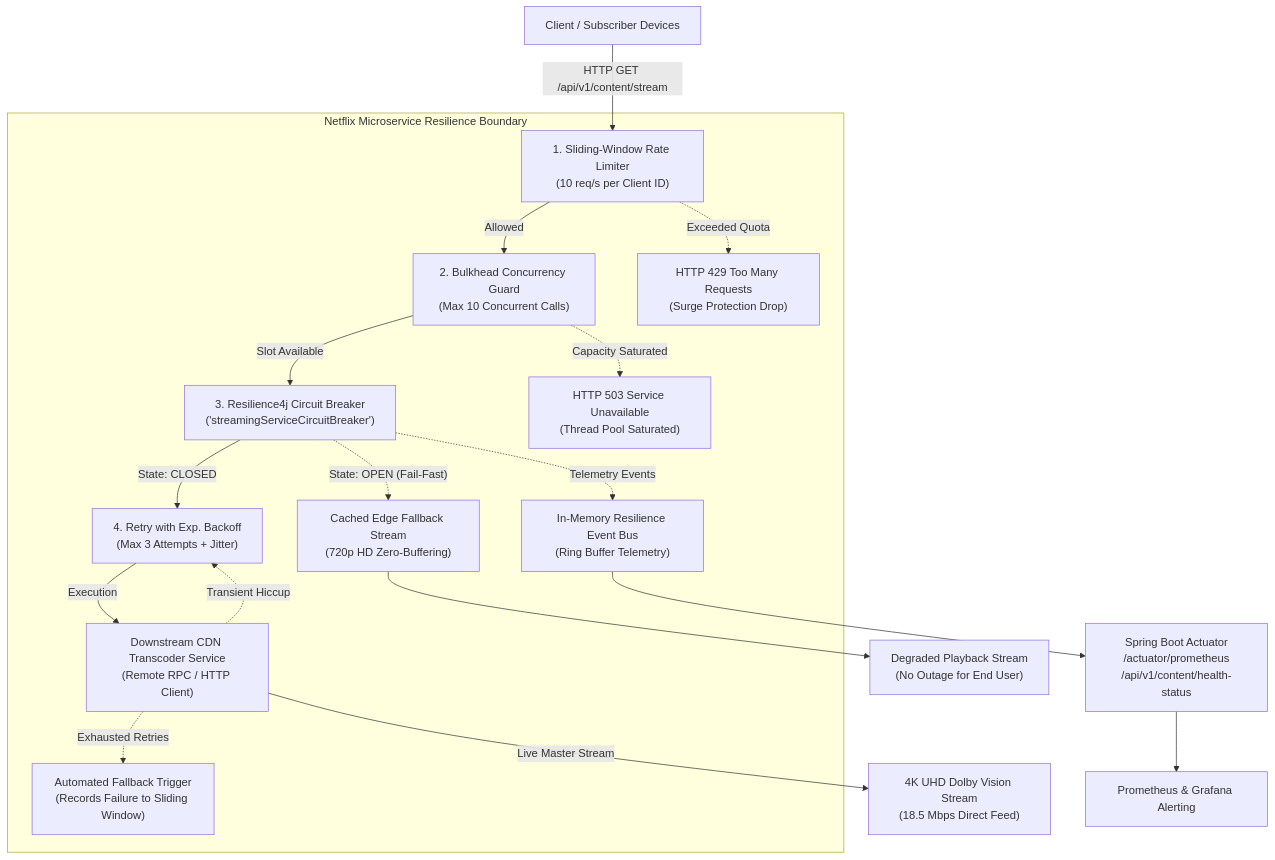
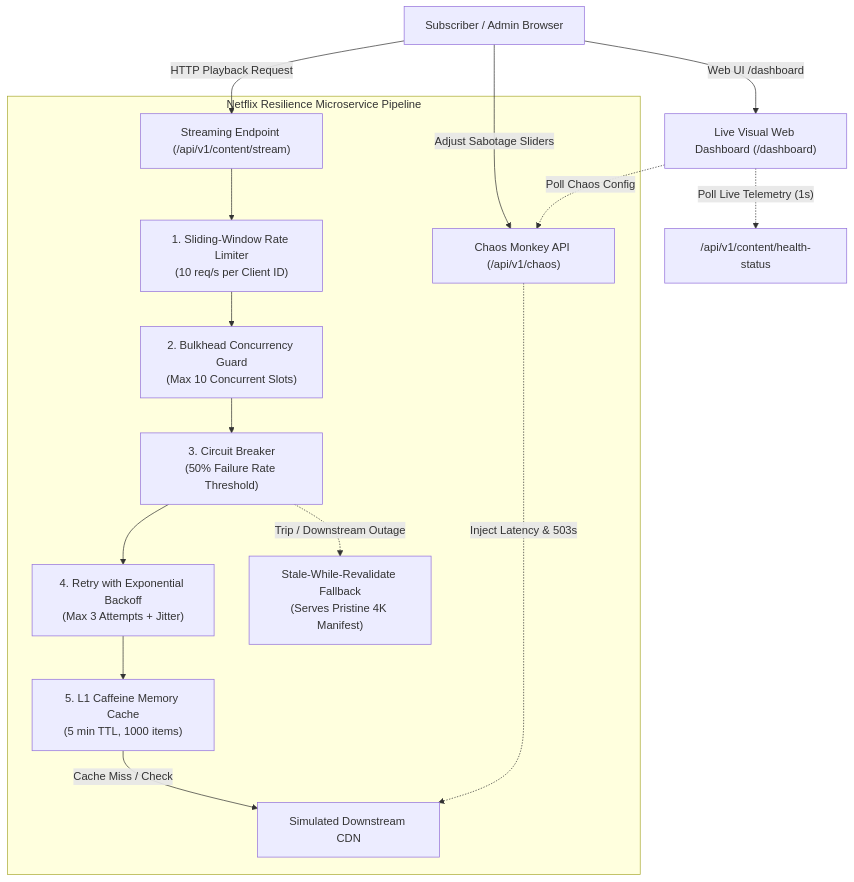
Before and after one commit to urjit-3105/Netflix: the diagram in README.md, drawn with Mermaid. The commit also changed other lines of this file and 15 other files, not shown here.

Commit message:
feat: implement Chaos Monkey control plane, Tiered Stale-While-Revalidate caching, and live visual dashboard

````diff
--- a/README.md
+++ b/README.md
@@ -16,27 +17,22 @@
 ```mermaid
 flowchart TD
-    Client["Client / Subscriber Devices"] -->|"HTTP GET /api/v1/content/stream"| IngressRateLimiter["1. Sliding-Window Rate Limiter\n(10 req/s per Client ID)"]
+    Browser["Subscriber / Admin Browser"] -->|"Web UI /dashboard"| DashboardUI["Live Visual Web Dashboard (/dashboard)"]
+    Browser -->|"Adjust Sabotage Sliders"| ChaosAPI["Chaos Monkey API (/api/v1/chaos)"]
+    Browser -->|"HTTP Playback Request"| StreamAPI["Streaming Endpoint (/api/v1/content/stream)"]
 
-    subgraph ResilienceBoundary ["Netflix Microservice Resilience Boundary"]
-        IngressRateLimiter -->|"Allowed"| BulkheadCore["2. Bulkhead Concurrency Guard\n(Max 10 Concurrent Calls)"]
-        IngressRateLimiter -.->|"Exceeded Quota"| ThrottledResponse["HTTP 429 Too Many Requests\n(Surge Protection Drop)"]
+    subgraph ServiceCore ["Netflix Resilience Microservice Pipeline"]
+        StreamAPI --> RateLimiter["1. Sliding-Window Rate Limiter\n(10 req/s per Client ID)"]
+        RateLimiter --> Bulkhead["2. Bulkhead Concurrency Guard\n(Max 10 Concurrent Slots)"]
+        Bulkhead --> CircuitBreaker["3. Circuit Breaker\n(50% Failure Rate Threshold)"]
+        CircuitBreaker --> Retry["4. Retry with Exponential Backoff\n(Max 3 Attempts + Jitter)"]
+        Retry --> L1Cache["5. L1 Caffeine Memory Cache\n(5 min TTL, 1000 items)"]
 
-        BulkheadCore -->|"Slot Available"| CircuitBreakerCore["3. Resilience4j Circuit Breaker\n('streamingServiceCircuitBreaker')"]
-        BulkheadCore -.->|"Capacity Saturated"| BulkheadSaturated["HTTP 503 Service Unavailable\n(Thread Pool Saturated)"]
+        L1Cache -->|"Cache Miss / Check"| Downstream["Simulated Downstream CDN"]
+        ChaosAPI -.->|"Inject Latency & 503s"| Downstream
 
-        CircuitBreakerCore -->|"State: CLOSED"| RetryEngine["4. Retry with Exp. Backoff\n(Max 3 Attempts + Jitter)"]
-        CircuitBreakerCore -.->|"State: OPEN (Fail-Fast)"| FastFallback["Cached Edge Fallback Stream\n(720p HD Zero-Buffering)"]
-
-        RetryEngine -->|"Execution"| RemoteClient["Downstream CDN Transcoder Service\n(Remote RPC / HTTP Client)"]
-        RemoteClient -.->|"Transient Hiccup"| RetryEngine
-        RemoteClient -.->|"Exhausted Retries"| DegradedFallback["Automated Fallback Trigger\n(Records Failure to Sliding Window)"]
-
-        CircuitBreakerCore -.->|"Telemetry Events"| EventBuffer["In-Memory Resilience Event Bus\n(Ring Buffer Telemetry)"]
+        CircuitBreaker -.->|"Trip / Downstream Outage"| StaleStore["Stale-While-Revalidate Fallback\n(Serves Pristine 4K Manifest)"]
     end
 
-    RemoteClient -->|"Live Master Stream"| SuccessResponse["4K UHD Dolby Vision Stream\n(18.5 Mbps Direct Feed)"]
-    FastFallback --> FallbackResponse["Degraded Playback Stream\n(No Outage for End User)"]
-
-    EventBuffer --> Actuator["Spring Boot Actuator\n/actuator/prometheus\n/api/v1/content/health-status"]
-    Actuator --> Monitoring["Prometheus & Grafana Alerting"]
+    DashboardUI -.->|"Poll Live Telemetry (1s)"| HealthAPI["/api/v1/content/health-status"]
+    DashboardUI -.->|"Poll Chaos Config"| ChaosAPI
 ```
````
